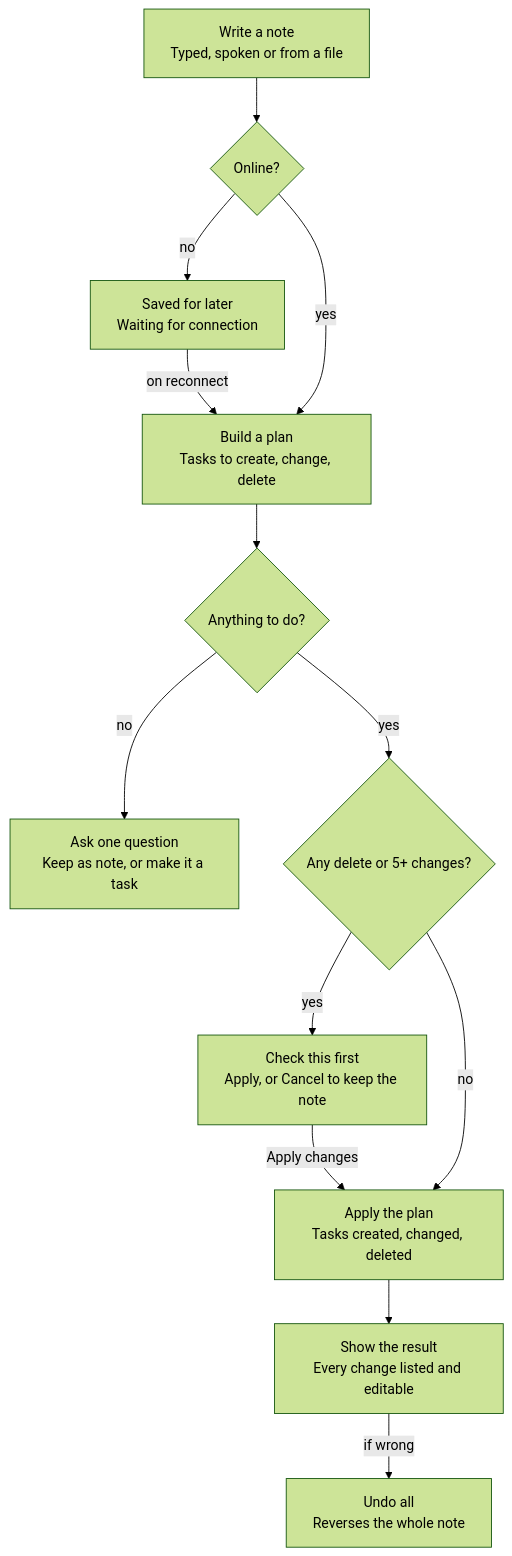
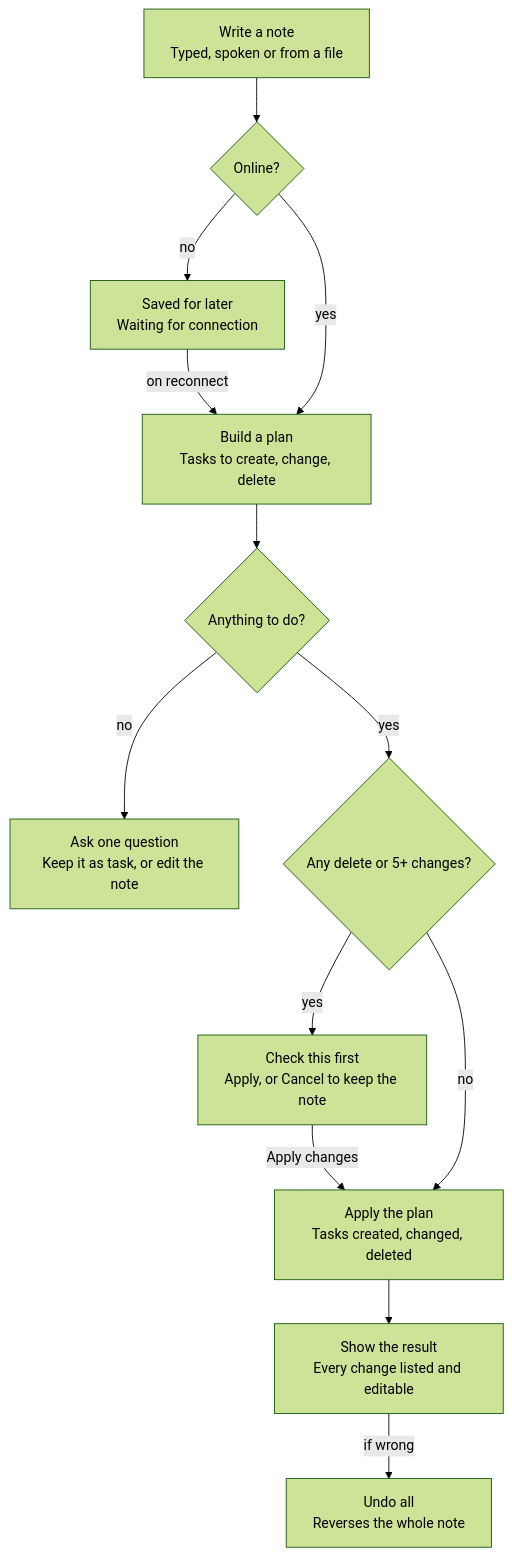
Before and after one commit to 02bbits/Agendal: the second of 3 diagrams in docs/02-domain/domain.md, drawn with Mermaid (forest theme). The commit also changed other lines of this file and 12 other files, not shown here.

First line of the commit message:
docs: follow-up offers Keep it as task and Edit the note (Refs #102)

````diff
--- a/docs/02-domain/domain.md
+++ b/docs/02-domain/domain.md
@@ -124,15 +124,15 @@
 ```mermaid
 flowchart TD
   A["Write a note<br/>Typed, spoken or from a file"] --> B{Online?}
   B -- no --> S["Saved for later<br/>Waiting for connection"]
   S -- on reconnect --> P
   B -- yes --> P["Build a plan<br/>Tasks to create, change, delete"]
   P --> C{Anything to do?}
-  C -- no --> Q["Ask one question<br/>Keep as note, or make it a task"]
+  C -- no --> Q["Ask one question<br/>Keep it as task, or edit the note"]
   C -- yes --> R{"Any delete or 5+ changes?"}
   R -- yes --> K["Check this first<br/>Apply, or Cancel to keep the note"]
   K -- Apply changes --> AP
   R -- no --> AP["Apply the plan<br/>Tasks created, changed, deleted"]
   AP --> RES["Show the result<br/>Every change listed and editable"]
   RES -- if wrong --> U["Undo all<br/>Reverses the whole note"]
 ```
````
